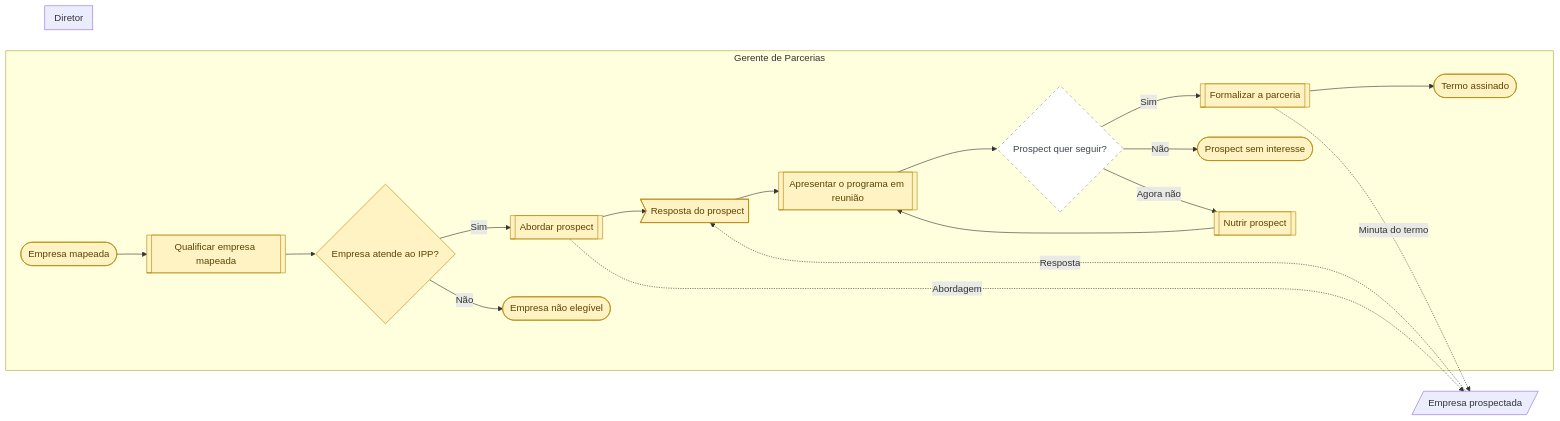
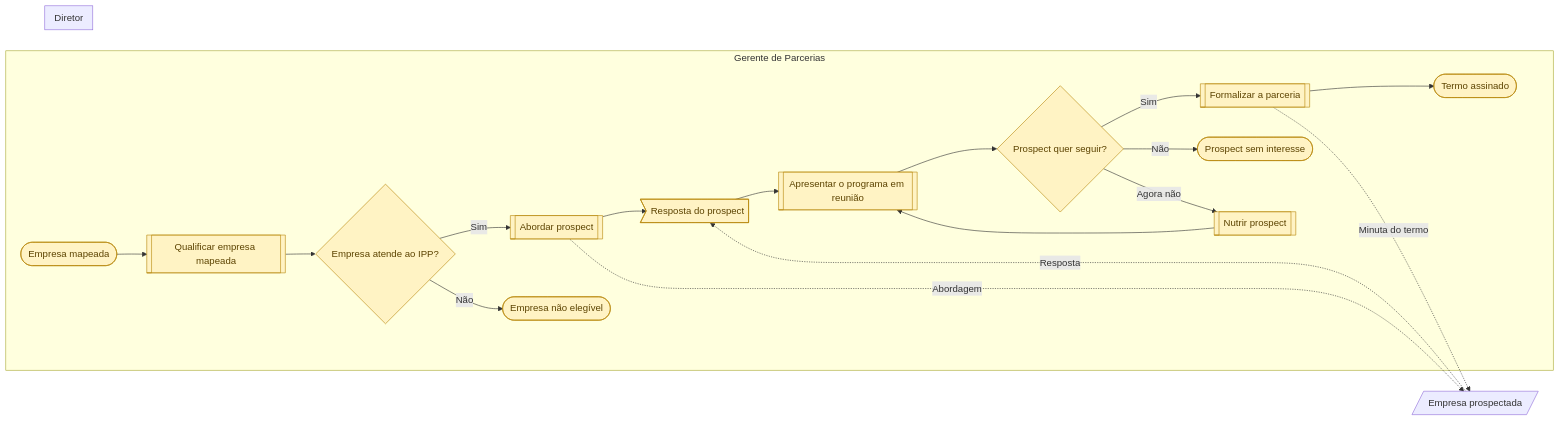
Before and after one commit to Guilherme-MFaccin/Wise-Partners: the diagram in mapeamentos/wise-partners/saidas/mermaid/fluxo-2-recrutar-parceiros.mmd, drawn with Mermaid. The commit also changed 70 other files, not shown here.

```diff
--- a/mapeamentos/wise-partners/saidas/mermaid/fluxo-2-recrutar-parceiros.mmd
+++ b/mapeamentos/wise-partners/saidas/mermaid/fluxo-2-recrutar-parceiros.mmd
@@ -1,37 +1,37 @@
 flowchart LR
     classDef confirmado fill:#D9F2E1,stroke:#2F8F4E,color:#14532D
     classDef declarado fill:#FFF3C4,stroke:#B8860B,color:#5C4300
     classDef hipotese fill:#FFFFFF,stroke:#8A9099,color:#3F4650,stroke-dasharray: 5 5
     classDef contestado fill:#FDE2E1,stroke:#C53030,color:#7F1D1D
     subgraph raia_PA_01 ["Gerente de Parcerias"]
       n_i1(["Empresa mapeada"]):::declarado
       n_s1[["Qualificar empresa mapeada"]]:::declarado
       n_g1{"Empresa atende ao IPP?"}:::declarado
       n_s2[["Abordar prospect"]]:::declarado
       n_e1>"Resposta do prospect"]:::declarado
       n_s3[["Apresentar o programa em reunião"]]:::declarado
-      n_g2{"Prospect quer seguir?"}:::hipotese
+      n_g2{"Prospect quer seguir?"}:::declarado
       n_s4[["Nutrir prospect"]]:::declarado
       n_s5[["Formalizar a parceria"]]:::declarado
       n_f1(["Empresa não elegível"]):::declarado
       n_f2(["Prospect sem interesse"]):::declarado
       n_f3(["Termo assinado"]):::declarado
     end
     subgraph raia_PA_02 ["Diretor"]
     end
     ext_X1[/"Empresa prospectada"/]
     n_i1 --> n_s1
     n_s1 --> n_g1
     n_g1 -->|Sim| n_s2
     n_g1 -->|Não| n_f1
     n_s2 --> n_e1
     n_e1 --> n_s3
     n_s3 --> n_g2
     n_g2 -->|Sim| n_s5
     n_g2 -->|Não| n_f2
     n_g2 -->|Agora não| n_s4
     n_s4 --> n_s3
     n_s5 --> n_f3
     n_s2 -.->|Abordagem| ext_X1
     ext_X1 -.->|Resposta| n_e1
     n_s5 -.->|Minuta do termo| ext_X1
```
